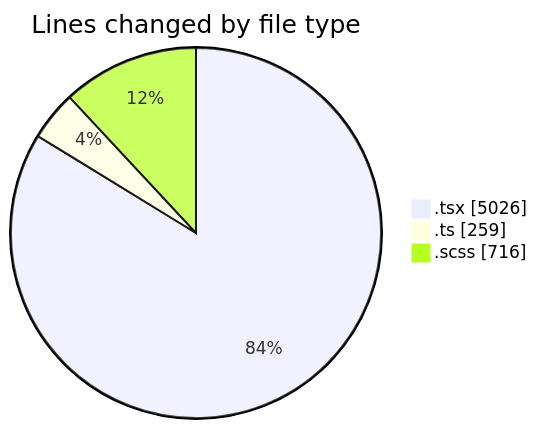
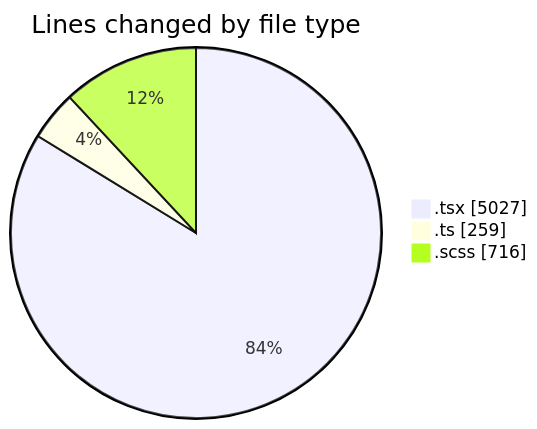
The first of 2 diagrams in 2025-09-15/cda/README.md (momahboobian/code-tracking), drawn with Mermaid before and after one commit. The commit also changed other lines of this file and 1 other file, not shown here.

````diff
--- a/2025-09-15/cda/README.md
+++ b/2025-09-15/cda/README.md
@@ -27,7 +27,7 @@
 ```mermaid
 pie showData
 title Lines changed by file type
-".tsx" : 5026
+".tsx" : 5027
 ".ts" : 259
 ".scss" : 716
 ```
````
